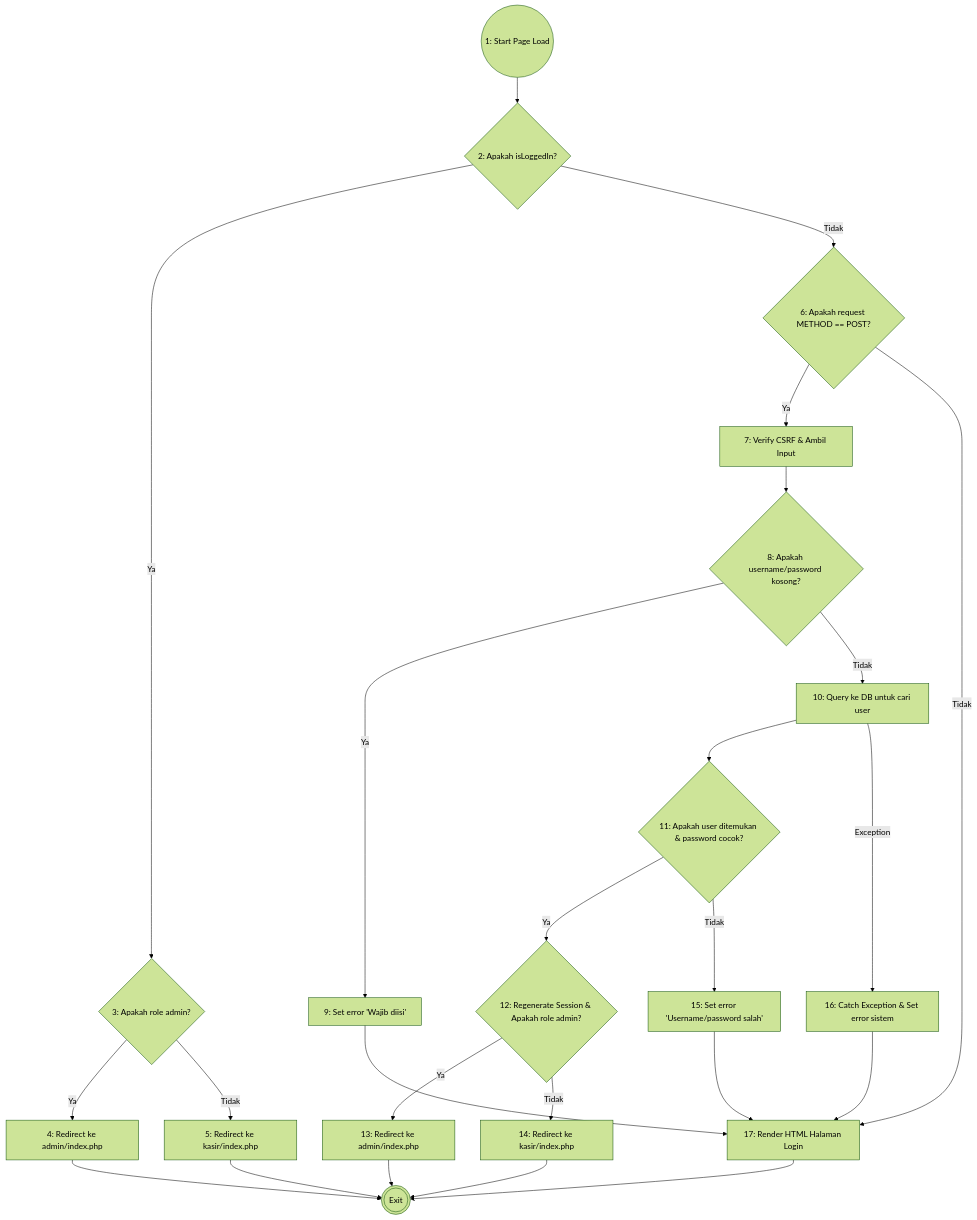
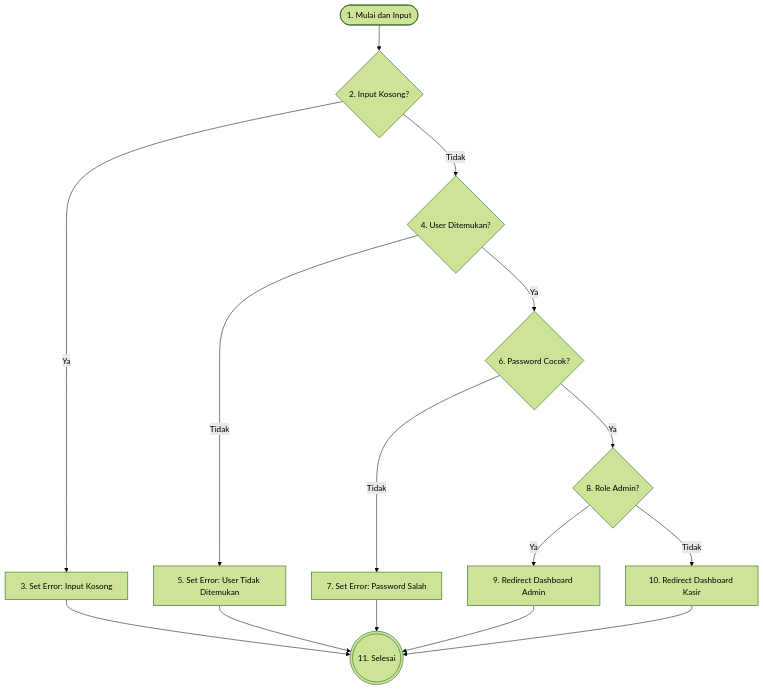
Before and after one commit to hafiizh09/-pemesanan_ak: the first of 4 diagrams in docs/pengujian_whitebox.md, drawn with Mermaid (forest theme). The commit also changed other lines of this file, not shown here.

Commit message:
docs: simplify login whitebox testing to match 11-node requested layout

````diff
--- a/docs/pengujian_whitebox.md
+++ b/docs/pengujian_whitebox.md
@@ -15,37 +17,21 @@
 ```mermaid
 graph TD
-    Node1((1: Start Page Load)) --> Node2{2: Apakah isLoggedIn?}
-    Node2 -- Ya --> Node3{3: Apakah role admin?}
-    Node2 -- Tidak --> Node6{6: Apakah request METHOD == POST?}
+    Node1([1. Mulai dan Input]) --> Node2{2. Input Kosong?}
+    Node2 -- Ya --> Node3[3. Set Error: Input Kosong]
+    Node2 -- Tidak --> Node4{4. User Ditemukan?}
     
-    Node3 -- Ya --> Node4[4: Redirect ke admin/index.php]
-    Node3 -- Tidak --> Node5[5: Redirect ke kasir/index.php]
+    Node4 -- Tidak --> Node5[5. Set Error: User Tidak Ditemukan]
+    Node4 -- Ya --> Node6{6. Password Cocok?}
     
-    Node4 --> ExitNode(((Exit)))
-    Node5 --> ExitNode
+    Node6 -- Tidak --> Node7[7. Set Error: Password Salah]
+    Node6 -- Ya --> Node8{8. Role Admin?}
     
-    Node6 -- Ya --> Node7[7: Verify CSRF & Ambil Input]
-    Node6 -- Tidak --> Node17[17: Render HTML Halaman Login]
+    Node8 -- Ya --> Node9[9. Redirect Dashboard Admin]
+    Node8 -- Tidak --> Node10[10. Redirect Dashboard Kasir]
     
-    Node7 --> Node8{8: Apakah username/password kosong?}
-    Node8 -- Ya --> Node9[9: Set error 'Wajib diisi']
-    Node8 -- Tidak --> Node10[10: Query ke DB untuk cari user]
-    
-    Node9 --> Node17
-    
-    Node10 --> Node11{11: Apakah user ditemukan & password cocok?}
-    Node10 -- Exception --> Node16[16: Catch Exception & Set error sistem]
-    
-    Node11 -- Ya --> Node12{12: Regenerate Session & Apakah role admin?}
-    Node11 -- Tidak --> Node15[15: Set error 'Username/password salah']
-    
-    Node12 -- Ya --> Node13[13: Redirect ke admin/index.php]
-    Node12 -- Tidak --> Node14[14: Redirect ke kasir/index.php]
-    
-    Node13 --> ExitNode
-    Node14 --> ExitNode
-    Node15 --> Node17
-    Node16 --> Node17
-    
-    Node17 --> ExitNode
+    Node3 --> Node11(((11. Selesai)))
+    Node5 --> Node11
+    Node7 --> Node11
+    Node9 --> Node11
+    Node10 --> Node11
 ```
````
